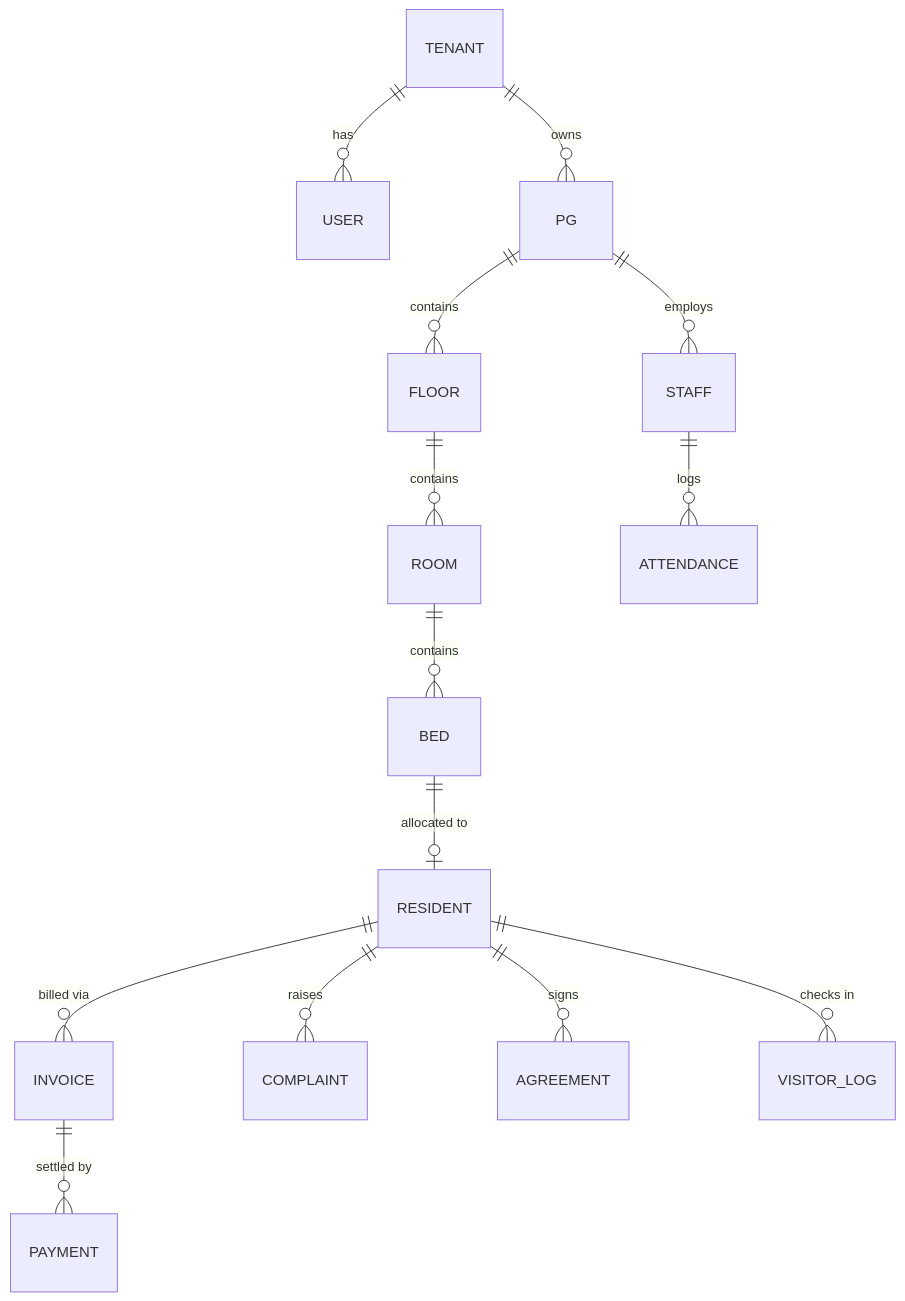
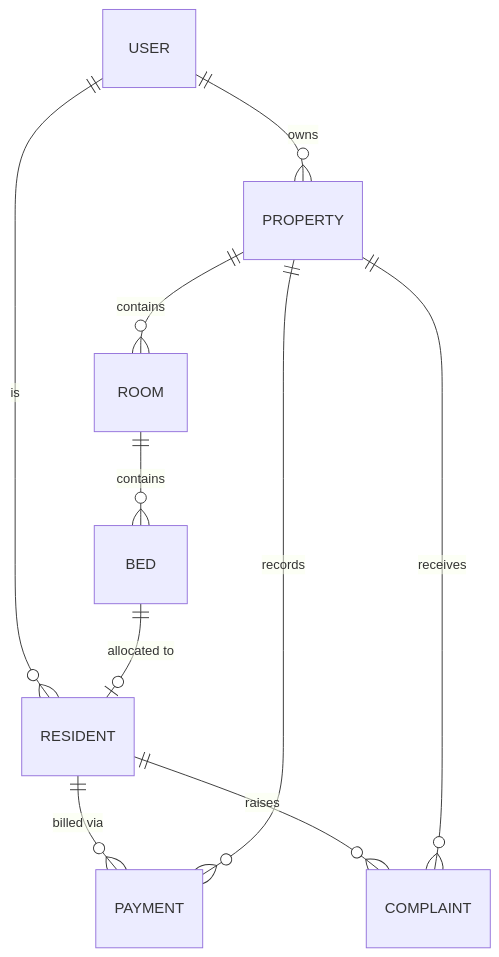
Before and after one commit to ayushman-glb/PG-Management-System: the second of 2 diagrams in docs/System.md, drawn with Mermaid. The commit also changed other lines of this file and 4 other files, not shown here.

````diff
--- a/docs/System.md
+++ b/docs/System.md
@@ -107,16 +102,12 @@
 ```mermaid
 erDiagram
-    TENANT ||--o{ USER : has
-    TENANT ||--o{ PG : owns
-    PG ||--o{ FLOOR : contains
-    FLOOR ||--o{ ROOM : contains
+    USER ||--o{ PROPERTY : owns
+    USER ||--o{ RESIDENT : is
+    PROPERTY ||--o{ ROOM : contains
     ROOM ||--o{ BED : contains
     BED ||--o| RESIDENT : "allocated to"
-    RESIDENT ||--o{ INVOICE : "billed via"
-    INVOICE ||--o{ PAYMENT : "settled by"
+    RESIDENT ||--o{ PAYMENT : "billed via"
     RESIDENT ||--o{ COMPLAINT : raises
-    RESIDENT ||--o{ AGREEMENT : signs
-    PG ||--o{ STAFF : employs
-    STAFF ||--o{ ATTENDANCE : logs
-    RESIDENT ||--o{ VISITOR_LOG : "checks in"
+    PROPERTY ||--o{ PAYMENT : records
+    PROPERTY ||--o{ COMPLAINT : receives
 ```
````
